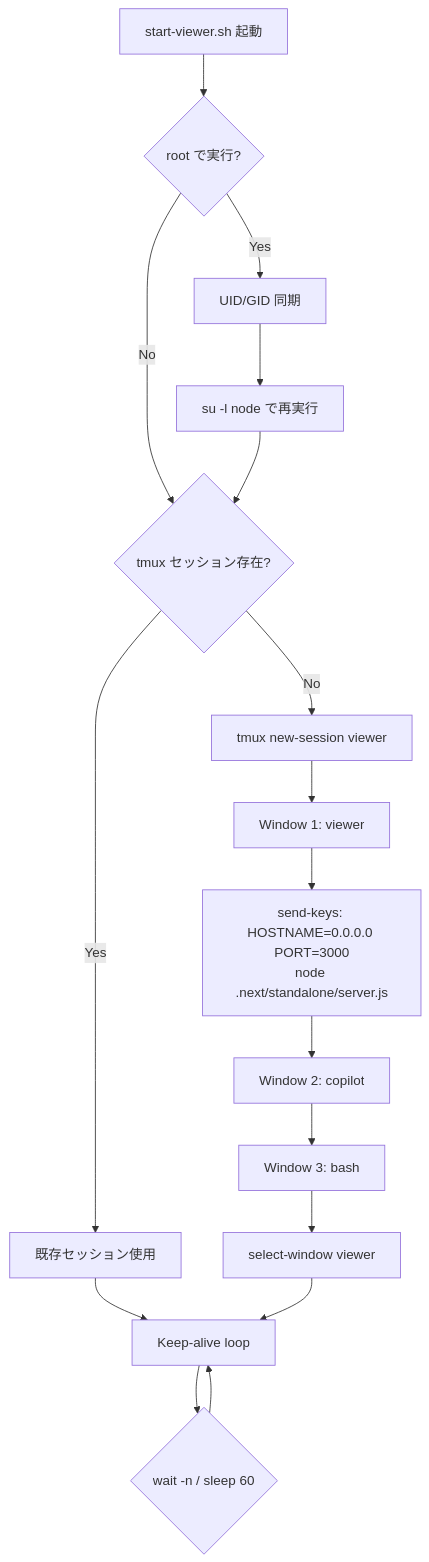
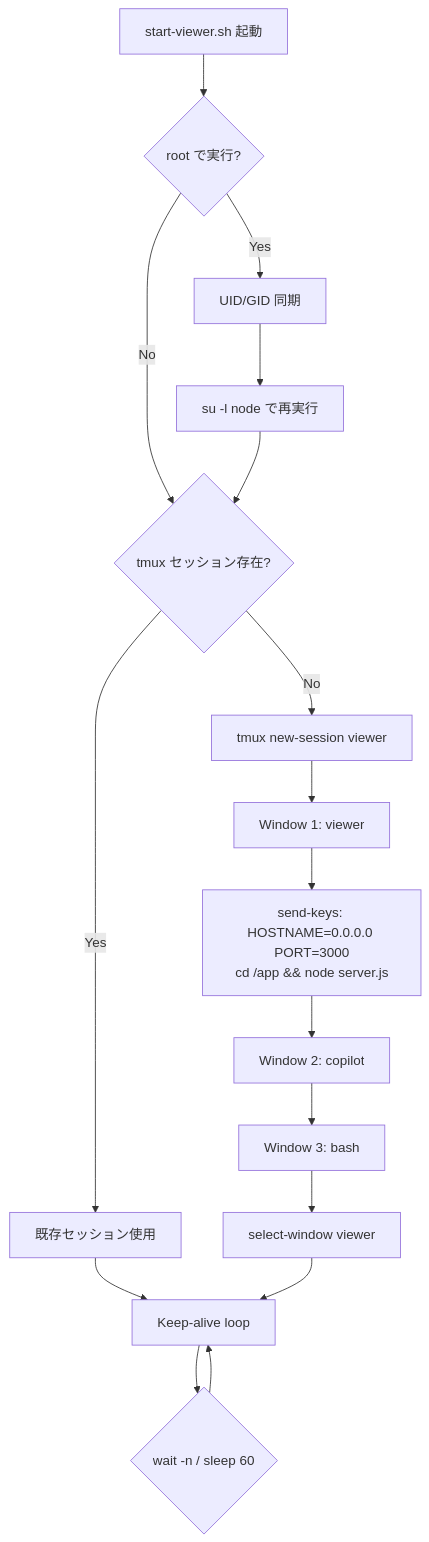
One commit to NagasakaH/dev-process changed the third of 8 diagrams in docs/copilot-session-viewer/design/04_process-flow-design.md. Above: the diagram before and after it, drawn with Mermaid. The commit also changed other lines of this file and 5 other files, not shown here.

````diff
--- a/docs/copilot-session-viewer/design/04_process-flow-design.md
+++ b/docs/copilot-session-viewer/design/04_process-flow-design.md
@@ -108,19 +121,19 @@
 ```mermaid
 flowchart TD
     A[start-viewer.sh 起動] --> B{root で実行?}
     B -->|Yes| C[UID/GID 同期]
     C --> D[su -l node で再実行]
     B -->|No| E{tmux セッション存在?}
     D --> E
     E -->|Yes| F[既存セッション使用]
     E -->|No| G[tmux new-session viewer]
     G --> H[Window 1: viewer]
-    H --> I["send-keys: HOSTNAME=0.0.0.0 PORT=3000<br/>node .next/standalone/server.js"]
+    H --> I["send-keys: HOSTNAME=0.0.0.0 PORT=3000<br/>cd /app && node server.js"]
     I --> J[Window 2: copilot]
     J --> K[Window 3: bash]
     K --> L[select-window viewer]
     F --> M[Keep-alive loop]
     L --> M
     M --> N{"wait -n / sleep 60"}
     N --> M
 ```
````
